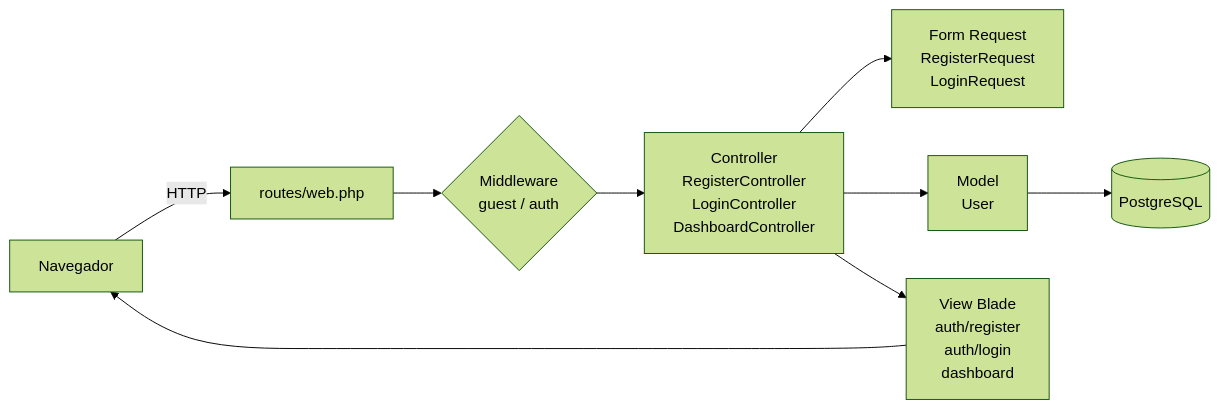
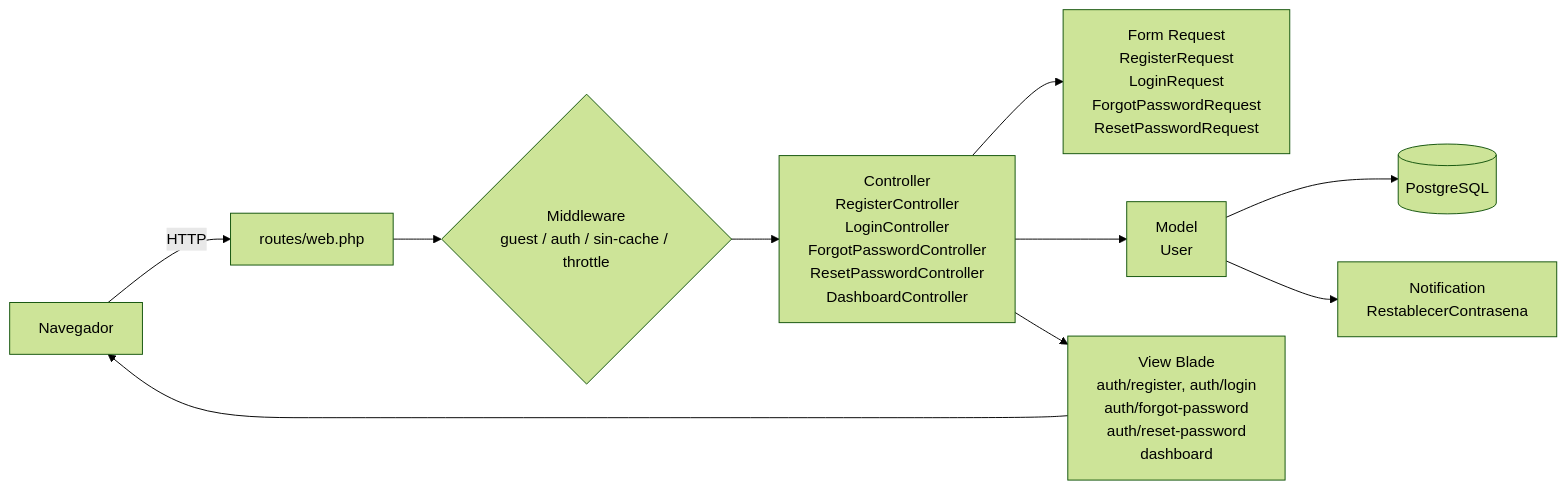
One commit to julian402/organizador-laravel changed the first of 2 diagrams in docs/01-arquitectura.md. Above: the diagram before and after it, drawn with Mermaid (forest theme). The commit also changed other lines of this file and 28 other files, not shown here.

````diff
--- a/docs/01-arquitectura.md
+++ b/docs/01-arquitectura.md
@@ -15,11 +15,12 @@
 ```mermaid
 flowchart LR
     U[Navegador] -->|HTTP| R[routes/web.php]
-    R --> MW{Middleware<br/>guest / auth}
-    MW --> C[Controller<br/>RegisterController<br/>LoginController<br/>DashboardController]
-    C --> FR[Form Request<br/>RegisterRequest<br/>LoginRequest]
+    R --> MW{Middleware<br/>guest / auth / sin-cache / throttle}
+    MW --> C[Controller<br/>RegisterController<br/>LoginController<br/>ForgotPasswordController<br/>ResetPasswordController<br/>DashboardController]
+    C --> FR[Form Request<br/>RegisterRequest<br/>LoginRequest<br/>ForgotPasswordRequest<br/>ResetPasswordRequest]
     C --> M[Model<br/>User]
     M --> DB[(PostgreSQL)]
-    C --> V[View Blade<br/>auth/register<br/>auth/login<br/>dashboard]
+    M --> N[Notification<br/>RestablecerContrasena]
+    C --> V[View Blade<br/>auth/register, auth/login<br/>auth/forgot-password<br/>auth/reset-password<br/>dashboard]
     V --> U
 ```
````
